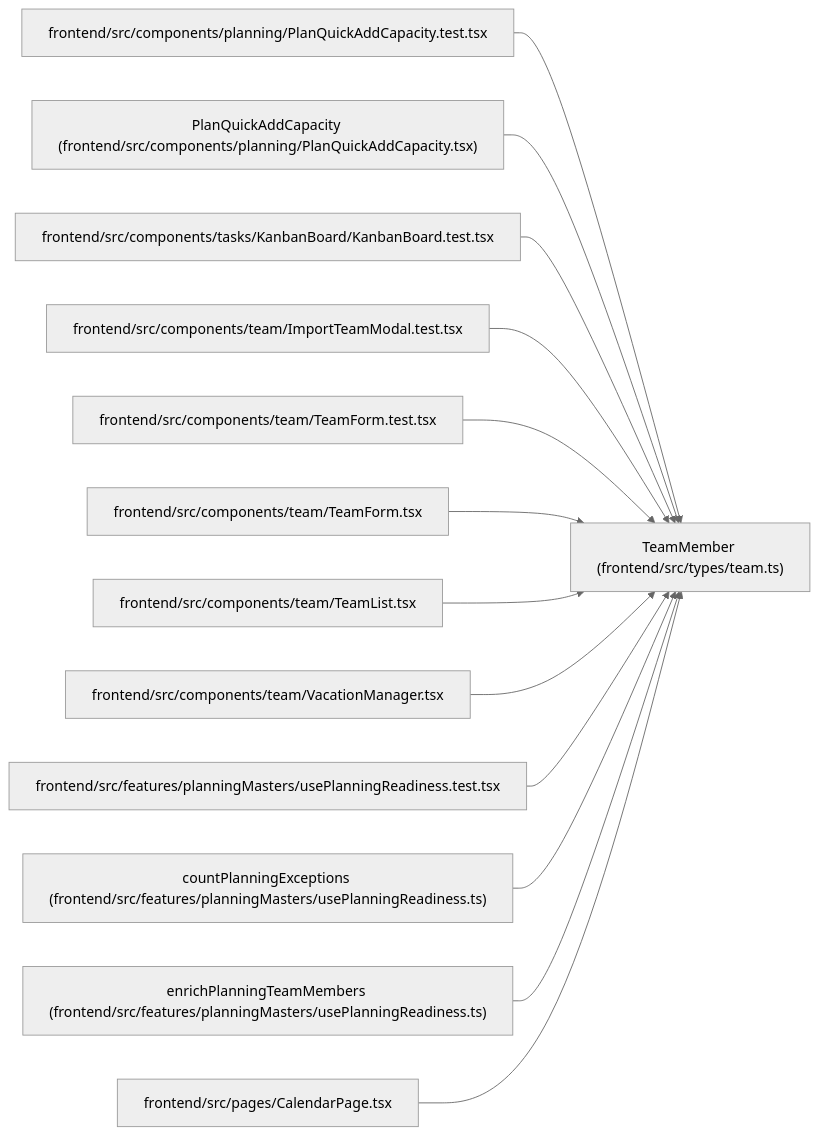
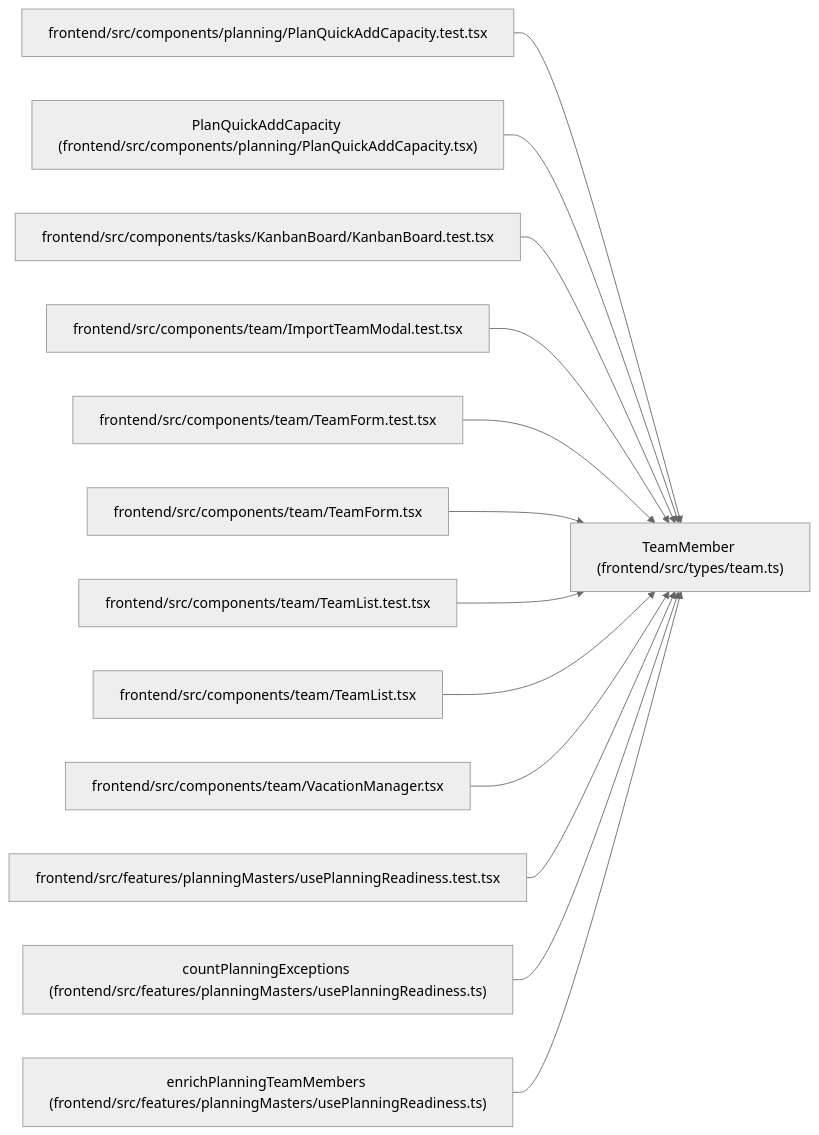
One commit to Denissvgn/WorkChord changed the diagram in docs/llm_wiki/entities/types_team_TeamMember.md. Above: the diagram before and after it, drawn with Mermaid (neutral theme). The commit also changed other lines of this file and 446 other files, not shown here.

````diff
--- a/docs/llm_wiki/entities/types_team_TeamMember.md
+++ b/docs/llm_wiki/entities/types_team_TeamMember.md
@@ -35,41 +35,41 @@
 ```mermaid
 flowchart LR
     n0["TeamMember (frontend/src/types/team.ts)"]
     n1["frontend/src/components/planning/PlanQuickAddCapacity.test.tsx"]
     n2["PlanQuickAddCapacity (frontend/src/components/planning/PlanQuickAddCapacity.tsx)"]
     n3["frontend/src/components/tasks/KanbanBoard/KanbanBoard.test.tsx"]
     n4["frontend/src/components/team/ImportTeamModal.test.tsx"]
     n5["frontend/src/components/team/TeamForm.test.tsx"]
     n6["frontend/src/components/team/TeamForm.tsx"]
-    n7["frontend/src/components/team/TeamList.tsx"]
-    n8["frontend/src/components/team/VacationManager.tsx"]
-    n9["frontend/src/features/planningMasters/usePlanningReadiness.test.tsx"]
-    n10["countPlanningExceptions (frontend/src/features/planningMasters/usePlanningReadiness.ts)"]
-    n11["enrichPlanningTeamMembers (frontend/src/features/planningMasters/usePlanningReadiness.ts)"]
-    n12["frontend/src/pages/CalendarPage.tsx"]
+    n7["frontend/src/components/team/TeamList.test.tsx"]
+    n8["frontend/src/components/team/TeamList.tsx"]
+    n9["frontend/src/components/team/VacationManager.tsx"]
+    n10["frontend/src/features/planningMasters/usePlanningReadiness.test.tsx"]
+    n11["countPlanningExceptions (frontend/src/features/planningMasters/usePlanningReadiness.ts)"]
+    n12["enrichPlanningTeamMembers (frontend/src/features/planningMasters/usePlanningReadiness.ts)"]
     n1 --> n0
     n2 --> n0
     n3 --> n0
     n4 --> n0
     n5 --> n0
     n6 --> n0
     n7 --> n0
     n8 --> n0
     n9 --> n0
     n10 --> n0
     n11 --> n0
     n12 --> n0
     click n0 "../modules/types_team.md"
     click n1 "../modules/PlanQuickAddCapacity.test.md"
     click n2 "../modules/PlanQuickAddCapacity.md"
     click n3 "../modules/KanbanBoard.test.md"
     click n4 "../modules/ImportTeamModal.test.md"
     click n5 "../modules/TeamForm.test.md"
     click n6 "../modules/TeamForm.md"
-    click n7 "../modules/TeamList.md"
-    click n8 "../modules/VacationManager.md"
-    click n9 "../modules/usePlanningReadiness.test.md"
-    click n10 "../modules/usePlanningReadiness.md"
+    click n7 "../modules/TeamList.test.md"
+    click n8 "../modules/TeamList.md"
+    click n9 "../modules/VacationManager.md"
+    click n10 "../modules/usePlanningReadiness.test.md"
     click n11 "../modules/usePlanningReadiness.md"
-    click n12 "../modules/CalendarPage.md"
+    click n12 "../modules/usePlanningReadiness.md"
 ```
````
